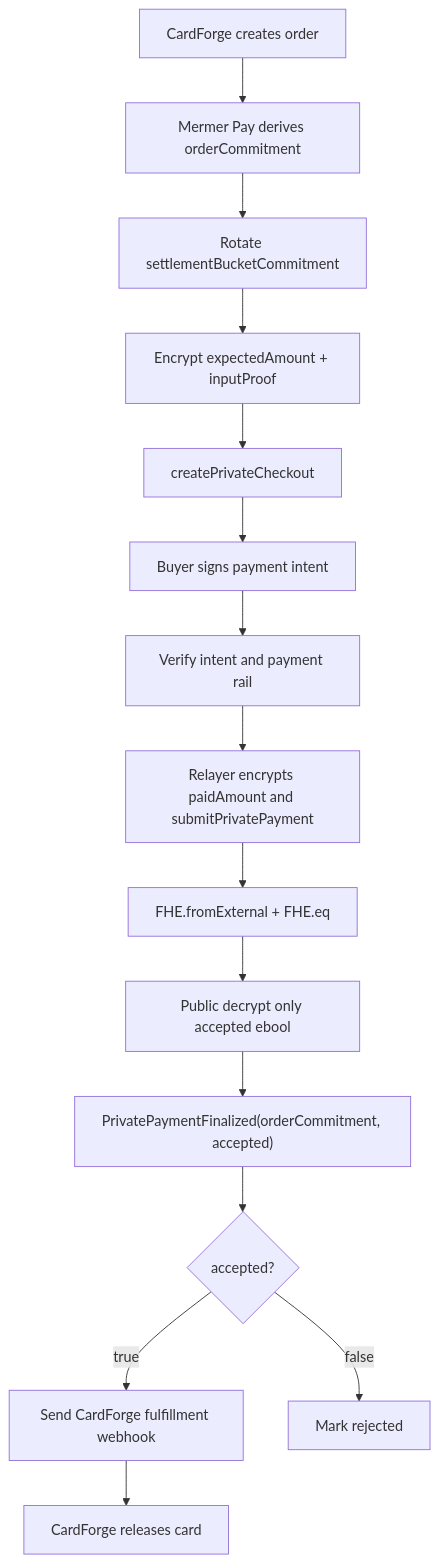
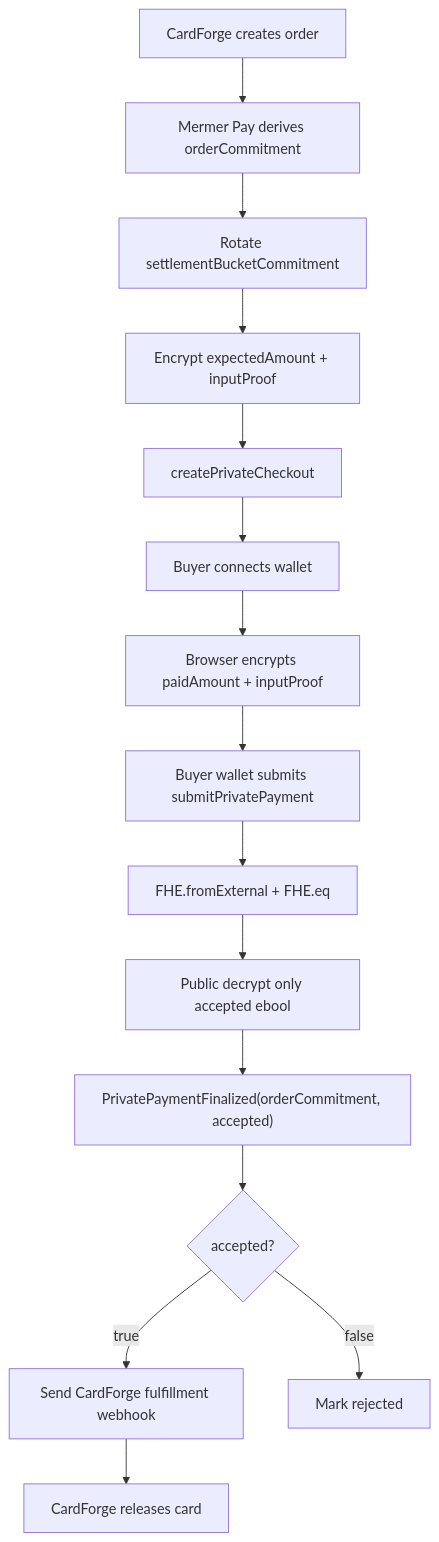
Before and after one commit to hanbu97/zamapay: the first of 2 diagrams in docs/runbooks/private-checkout-v1.md, drawn with Mermaid. The commit also changed other lines of this file and 51 other files, not shown here.

````diff
--- a/docs/runbooks/private-checkout-v1.md
+++ b/docs/runbooks/private-checkout-v1.md
@@ -245,17 +240,17 @@
 ```mermaid
 flowchart TD
     A["CardForge creates order"] --> B["Mermer Pay derives orderCommitment"]
     B --> C["Rotate settlementBucketCommitment"]
     C --> D["Encrypt expectedAmount + inputProof"]
     D --> E["createPrivateCheckout"]
-    E --> F["Buyer signs payment intent"]
-    F --> G["Verify intent and payment rail"]
-    G --> H["Relayer encrypts paidAmount and submitPrivatePayment"]
+    E --> F["Buyer connects wallet"]
+    F --> G["Browser encrypts paidAmount + inputProof"]
+    G --> H["Buyer wallet submits submitPrivatePayment"]
     H --> I["FHE.fromExternal + FHE.eq"]
     I --> J["Public decrypt only accepted ebool"]
     J --> K["PrivatePaymentFinalized(orderCommitment, accepted)"]
     K --> L{"accepted?"}
     L -- true --> M["Send CardForge fulfillment webhook"]
     L -- false --> N["Mark rejected"]
     M --> O["CardForge releases card"]
 ```
````
